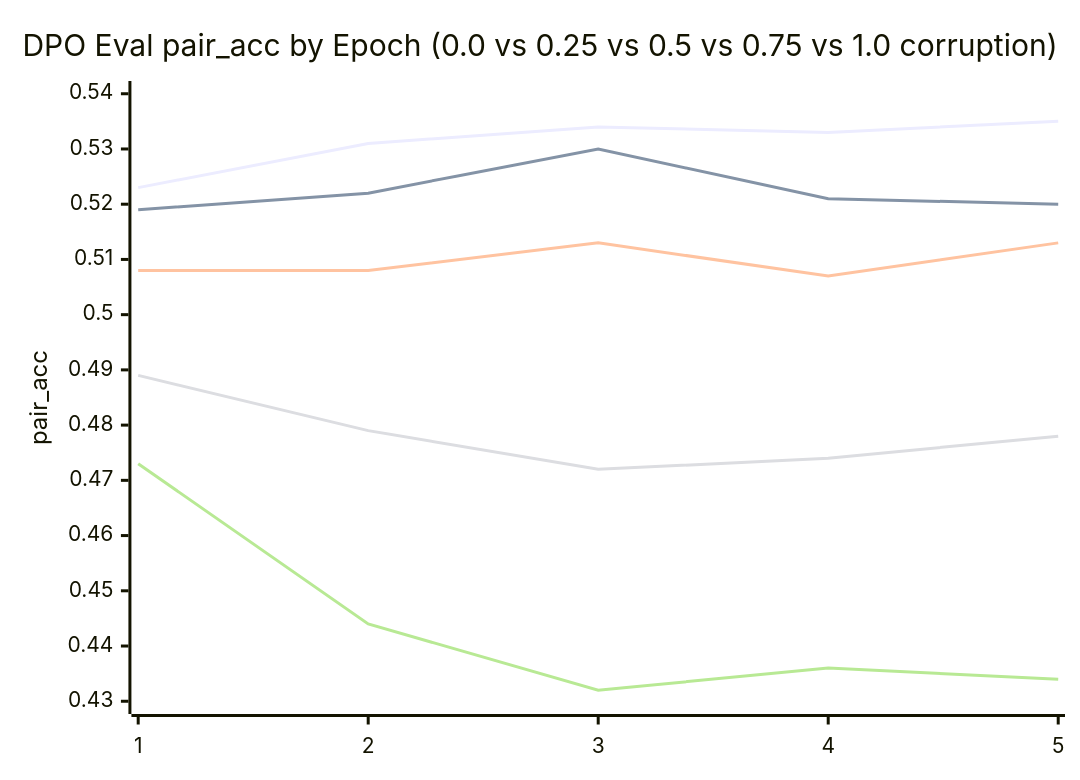
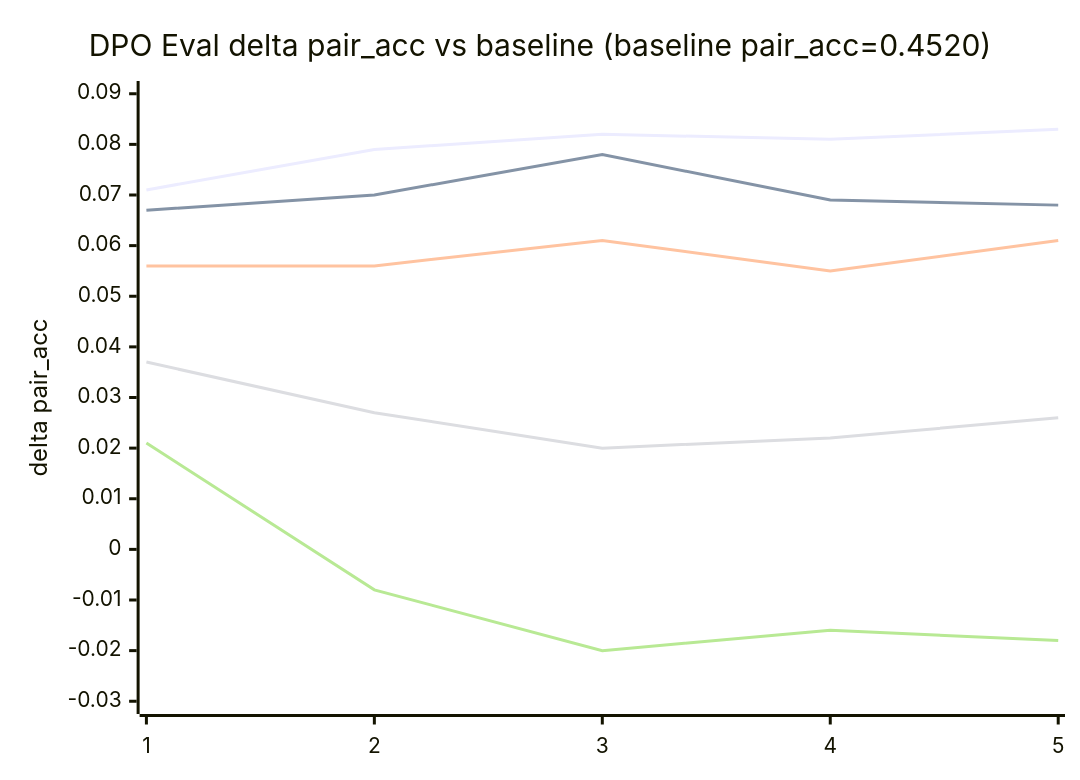
The second of 2 diagrams in README.md (ethanlou36/implicit_finetuning), drawn with Mermaid before and after one commit. The commit also changed other lines of this file, not shown here.

````diff
--- a/README.md
+++ b/README.md
@@ -135,11 +135,11 @@
 ```mermaid
 xychart-beta
-    title "DPO Eval pair_acc by Epoch (0.0 vs 0.25 vs 0.5 vs 0.75 vs 1.0 corruption)"
+    title "DPO Eval delta pair_acc vs baseline (baseline pair_acc=0.4520)"
     x-axis [1, 2, 3, 4, 5]
-    y-axis "pair_acc" 0.43 --> 0.54
-    line [0.523, 0.531, 0.534, 0.533, 0.535]
-    line [0.519, 0.522, 0.530, 0.521, 0.520]
-    line [0.508, 0.508, 0.513, 0.507, 0.513]
-    line [0.489, 0.479, 0.472, 0.474, 0.478]
-    line [0.473, 0.444, 0.432, 0.436, 0.434]
+    y-axis "delta pair_acc" -0.03 --> 0.09
+    line [0.071, 0.079, 0.082, 0.081, 0.083]
+    line [0.067, 0.070, 0.078, 0.069, 0.068]
+    line [0.056, 0.056, 0.061, 0.055, 0.061]
+    line [0.037, 0.027, 0.020, 0.022, 0.026]
+    line [0.021, -0.008, -0.020, -0.016, -0.018]
 ```
````
